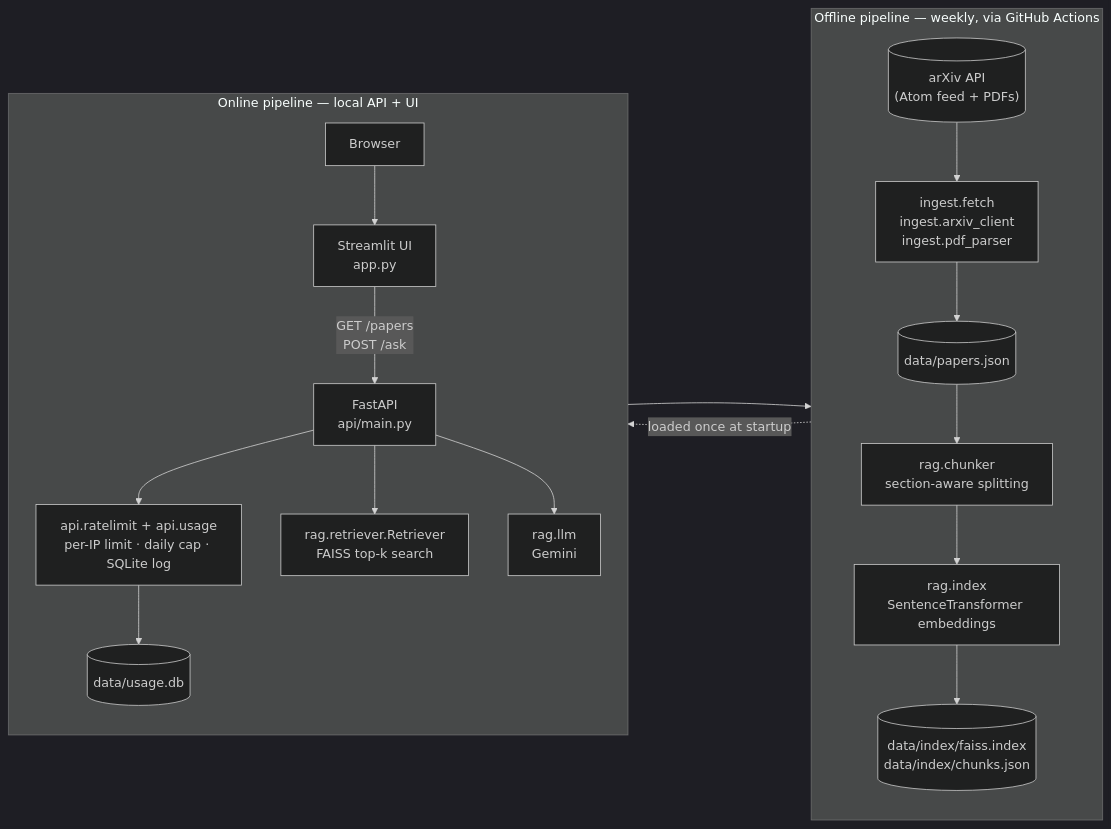
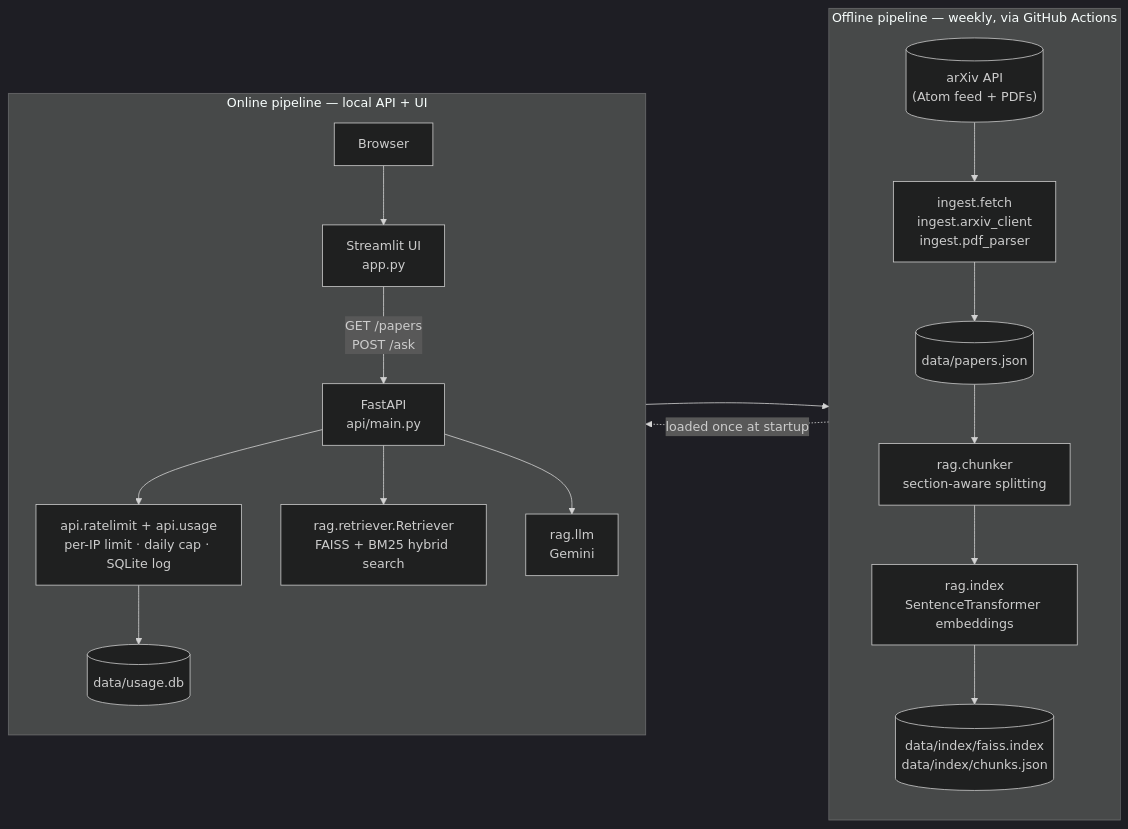
The first of 4 diagrams in README.md (anastber/arxiv-research-radar), drawn with Mermaid (dark theme) before and after one commit. The commit also changed other lines of this file and 12 other files, not shown here.

Commit message:
feat(retrieval): hybrid BM25 + dense search, retuned threshold

````diff
--- a/README.md
+++ b/README.md
@@ -77,24 +77,24 @@
 ```mermaid
 flowchart LR
     subgraph Offline["Offline pipeline — weekly, via GitHub Actions"]
         direction TB
         Arxiv[("arXiv API<br/>(Atom feed + PDFs)")] --> Fetch["ingest.fetch<br/>ingest.arxiv_client<br/>ingest.pdf_parser"]
         Fetch --> Papers[("data/papers.json")]
         Papers --> Chunk["rag.chunker<br/>section-aware splitting"]
         Chunk --> Index["rag.index<br/>SentenceTransformer embeddings"]
         Index --> Store[("data/index/faiss.index<br/>data/index/chunks.json")]
     end
 
     subgraph Online["Online pipeline — local API + UI"]
         direction TB
         Browser["Browser"] --> UI["Streamlit UI<br/>app.py"]
         UI -->|"GET /papers<br/>POST /ask"| API["FastAPI<br/>api/main.py"]
         API --> Guard["api.ratelimit + api.usage<br/>per-IP limit · daily cap · SQLite log"]
-        API --> Retriever["rag.retriever.Retriever<br/>FAISS top-k search"]
+        API --> Retriever["rag.retriever.Retriever<br/>FAISS + BM25 hybrid search"]
         Retriever --> Store
         API --> LLM["rag.llm<br/>Gemini"]
         Guard --> UsageDB[("data/usage.db")]
     end
 
     Store -.loaded once at startup.-> Retriever
 ```
````
